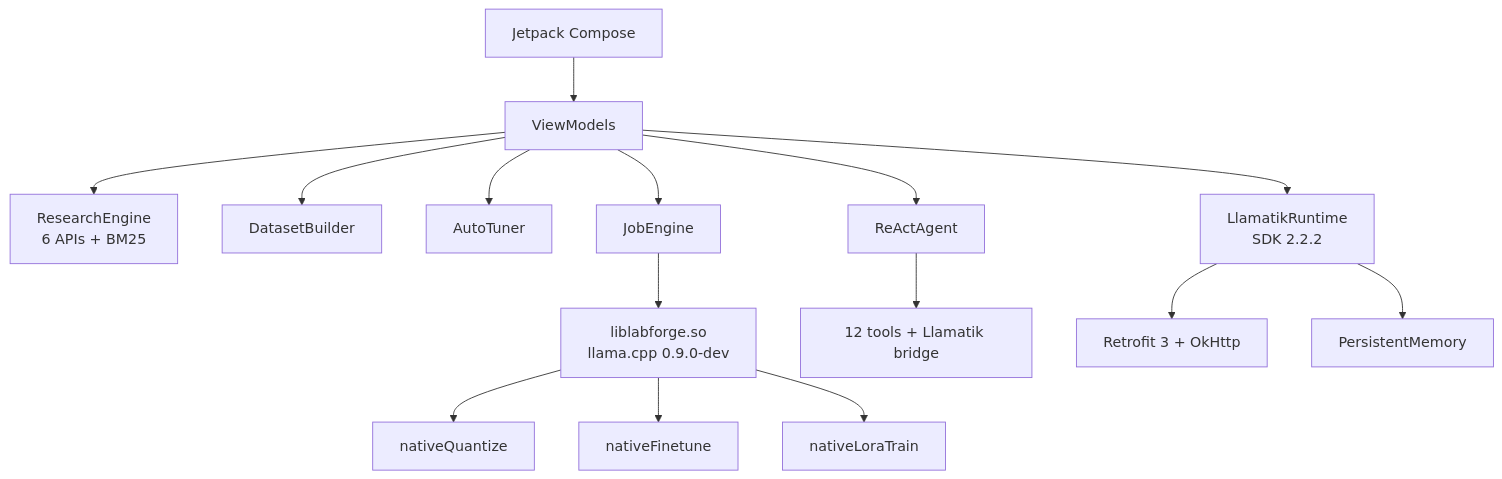
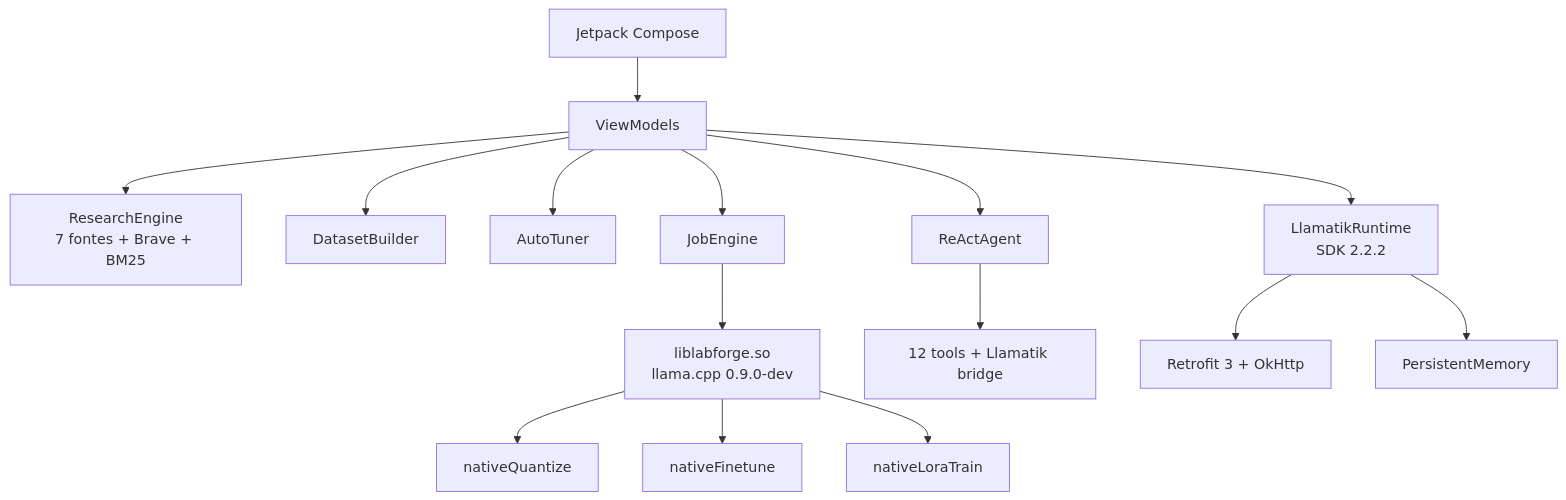
The diagram in README.md (Enhikyy/Girassol), drawn with Mermaid before and after one commit. The commit also changed other lines of this file and 22 other files, not shown here.

````diff
--- a/README.md
+++ b/README.md
@@ -92,17 +93,17 @@
 ```mermaid
 flowchart TD
     UI[Jetpack Compose] --> VM[ViewModels]
-    VM --> RESEARCH[ResearchEngine<br/>6 APIs + BM25]
+    VM --> RESEARCH[ResearchEngine<br/>7 fontes + Brave + BM25]
     VM --> DATASET[DatasetBuilder]
     VM --> TUNER[AutoTuner]
     VM --> JOB[JobEngine]
     JOB --> NATIVE[liblabforge.so<br/>llama.cpp 0.9.0-dev]
     NATIVE --> QUANT[nativeQuantize]
     NATIVE --> FT[nativeFinetune]
     NATIVE --> LORA[nativeLoraTrain]
     VM --> AGENT[ReActAgent]
     AGENT --> TOOLS[12 tools + Llamatik bridge]
     VM --> LLAMA[LlamatikRuntime<br/>SDK 2.2.2]
     LLAMA --> RETROFIT[Retrofit 3 + OkHttp]
     LLAMA --> MEMORY[PersistentMemory]
 ```
````
